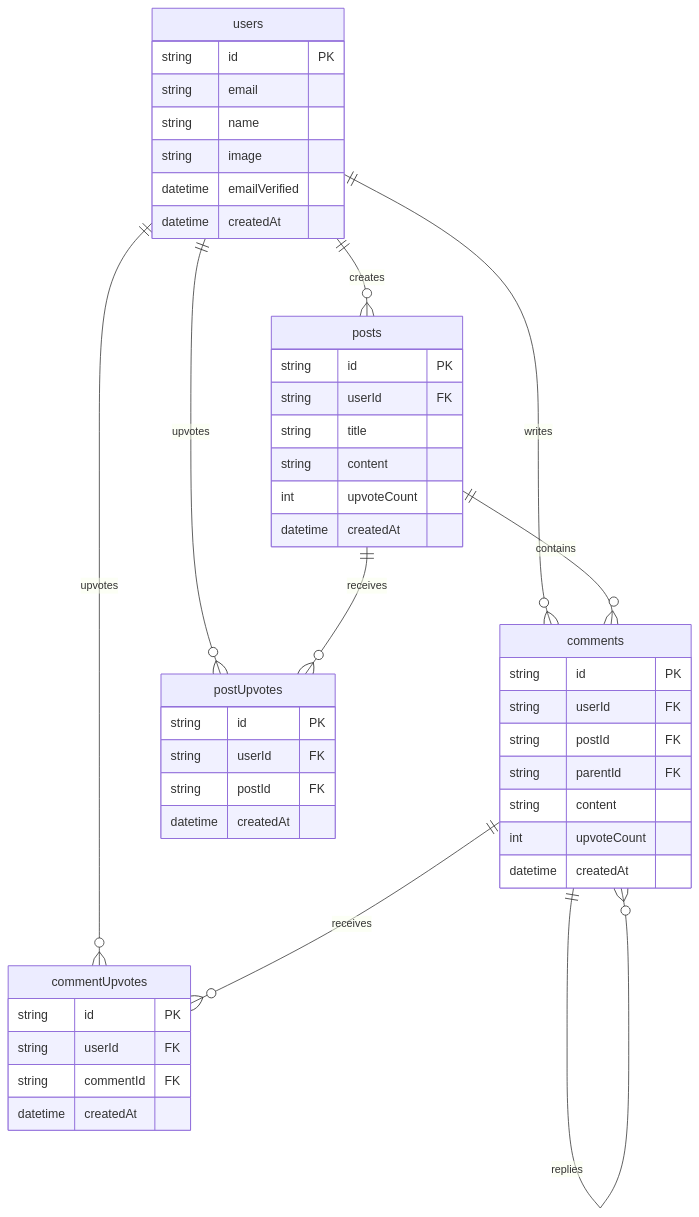
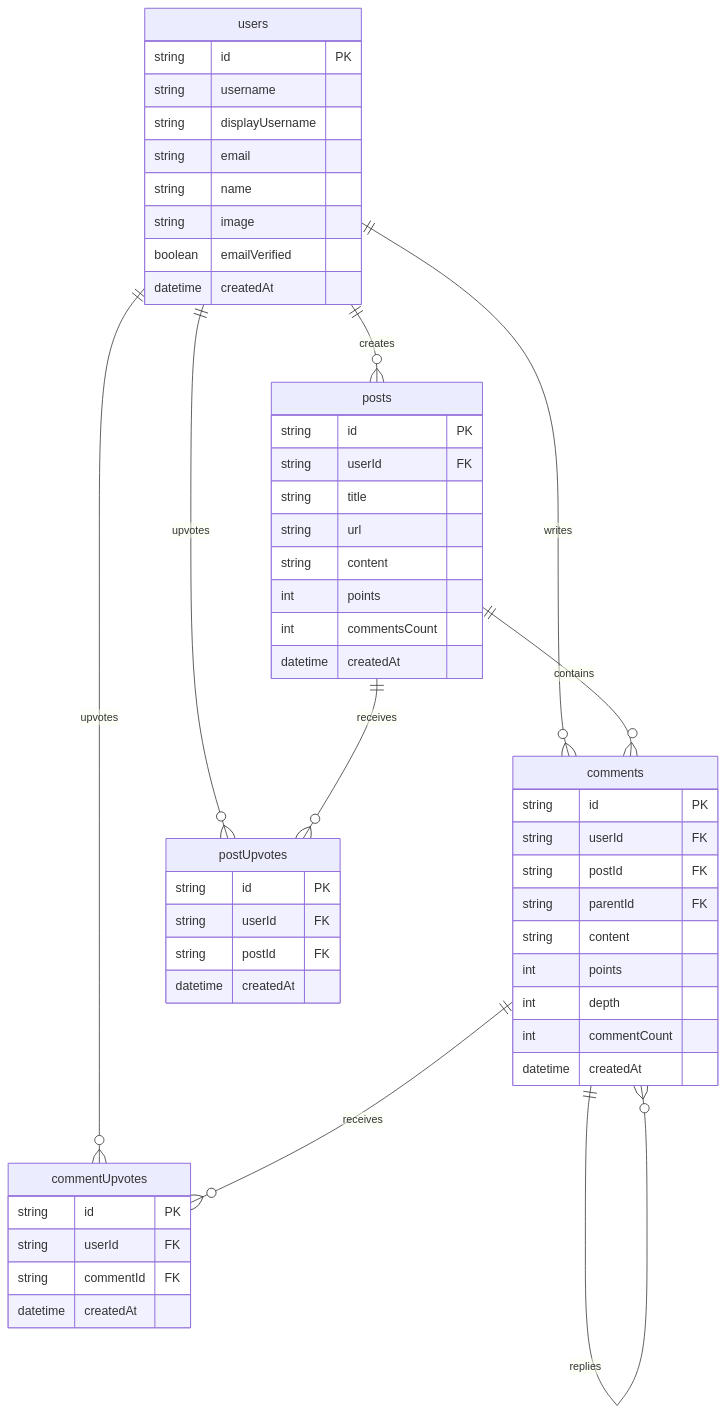
Before and after one commit to samuel032khoury/hackernews: the second of 2 diagrams in server/README.md, drawn with Mermaid. The commit also changed other lines of this file and 1 other file, not shown here.

````diff
--- a/server/README.md
+++ b/server/README.md
@@ -118,54 +113,60 @@
 ```mermaid
 erDiagram
     users ||--o{ posts : creates
     users ||--o{ comments : writes
     users ||--o{ postUpvotes : upvotes
     users ||--o{ commentUpvotes : upvotes
     posts ||--o{ comments : contains
     posts ||--o{ postUpvotes : receives
     comments ||--o{ comments : replies
     comments ||--o{ commentUpvotes : receives
     
     users {
         string id PK
+        string username
+        string displayUsername
         string email
         string name
         string image
-        datetime emailVerified
+        boolean emailVerified
         datetime createdAt
     }
     
     
     posts {
         string id PK
         string userId FK
         string title
+        string url
         string content
-        int upvoteCount
+        int points
+        int commentsCount
         datetime createdAt
     }
     
     comments {
         string id PK
         string userId FK
         string postId FK
         string parentId FK
         string content
-        int upvoteCount
+        int points
+        int depth
+        int commentCount
         datetime createdAt
     }
     
     postUpvotes {
         string id PK
         string userId FK
         string postId FK
         datetime createdAt
     }
     
     commentUpvotes {
         string id PK
         string userId FK
         string commentId FK
         datetime createdAt
     }
 ```
````
